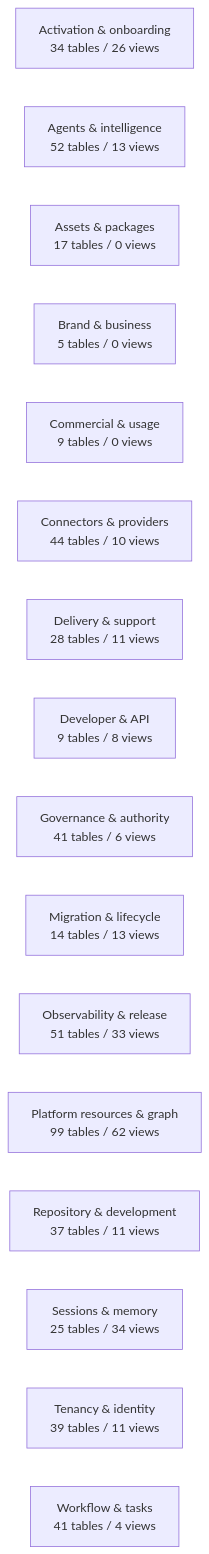
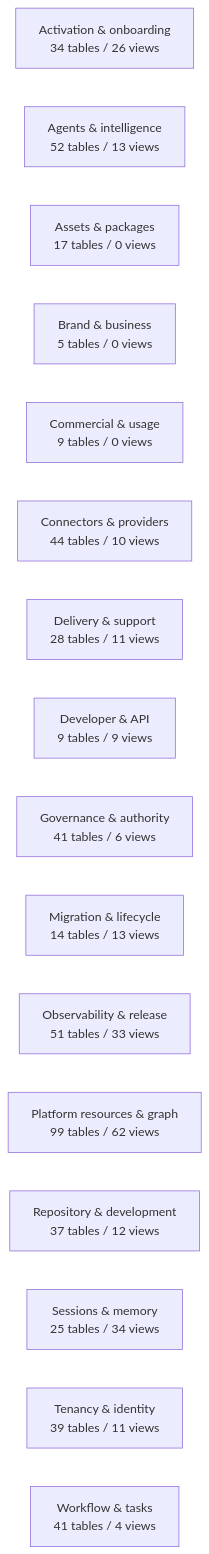
The diagram in docs/work-maps/data-model-domain-map.md (mad4bdigital-ai/multi-business-multi-role-growth-intelligence-os), drawn with Mermaid before and after one commit. The commit also changed other lines of this file and 5 other files, not shown here.

````diff
--- a/docs/work-maps/data-model-domain-map.md
+++ b/docs/work-maps/data-model-domain-map.md
@@ -9,19 +9,19 @@
 ```mermaid
 flowchart LR
   n_Activation___onboarding["Activation & onboarding<br/>34 tables / 26 views"]
   n_Agents___intelligence["Agents & intelligence<br/>52 tables / 13 views"]
   n_Assets___packages["Assets & packages<br/>17 tables / 0 views"]
   n_Brand___business["Brand & business<br/>5 tables / 0 views"]
   n_Commercial___usage["Commercial & usage<br/>9 tables / 0 views"]
   n_Connectors___providers["Connectors & providers<br/>44 tables / 10 views"]
   n_Delivery___support["Delivery & support<br/>28 tables / 11 views"]
-  n_Developer___API["Developer & API<br/>9 tables / 8 views"]
+  n_Developer___API["Developer & API<br/>9 tables / 9 views"]
   n_Governance___authority["Governance & authority<br/>41 tables / 6 views"]
   n_Migration___lifecycle["Migration & lifecycle<br/>14 tables / 13 views"]
   n_Observability___release["Observability & release<br/>51 tables / 33 views"]
   n_Platform_resources___graph["Platform resources & graph<br/>99 tables / 62 views"]
-  n_Repository___development["Repository & development<br/>37 tables / 11 views"]
+  n_Repository___development["Repository & development<br/>37 tables / 12 views"]
   n_Sessions___memory["Sessions & memory<br/>25 tables / 34 views"]
   n_Tenancy___identity["Tenancy & identity<br/>39 tables / 11 views"]
   n_Workflow___tasks["Workflow & tasks<br/>41 tables / 4 views"]
 ```
````
